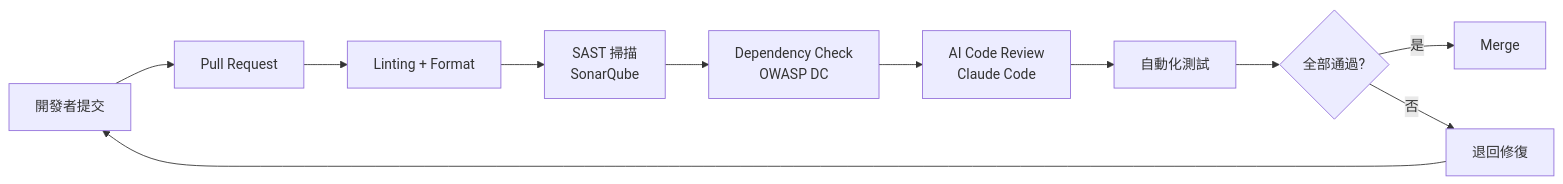
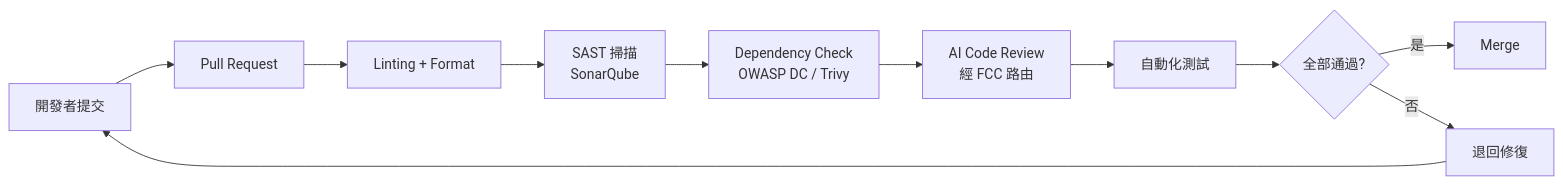
Diagram 16 of 27 in content/posts/教學/AI開發/free-claude-code 教學手冊.md (chihhung/Blog), drawn with Mermaid before and after one commit. The commit also changed other lines of this file and 1 other file, not shown here.

````diff
--- a/content/posts/教學/AI開發/free-claude-code 教學手冊.md
+++ b/content/posts/教學/AI開發/free-claude-code 教學手冊.md
@@ -1536,13 +2359,13 @@
 ```mermaid
 graph LR
     DEV[開發者提交] --> PR[Pull Request]
     PR --> LINT[Linting + Format]
     LINT --> SAST[SAST 掃描<br/>SonarQube]
-    SAST --> DEP[Dependency Check<br/>OWASP DC]
-    DEP --> AI[AI Code Review<br/>Claude Code]
+    SAST --> DEP[Dependency Check<br/>OWASP DC / Trivy]
+    DEP --> AI[AI Code Review<br/>經 FCC 路由]
     AI --> TEST[自動化測試]
     TEST --> APPROVE{全部通過?}
     APPROVE -->|是| MERGE[Merge]
     APPROVE -->|否| FIX[退回修復]
     FIX --> DEV
 ```
````
